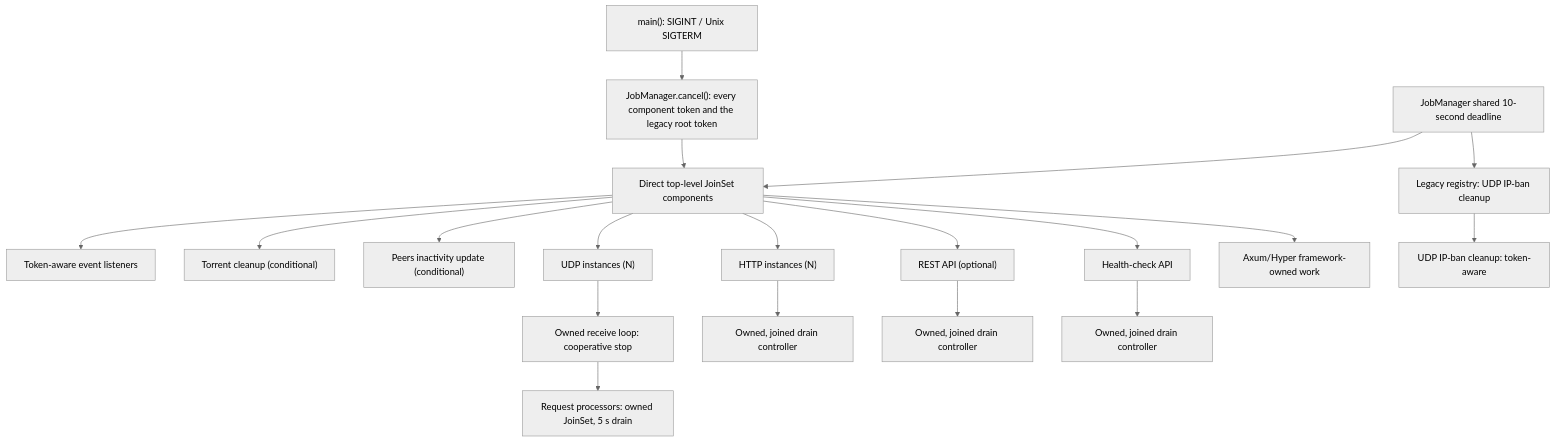
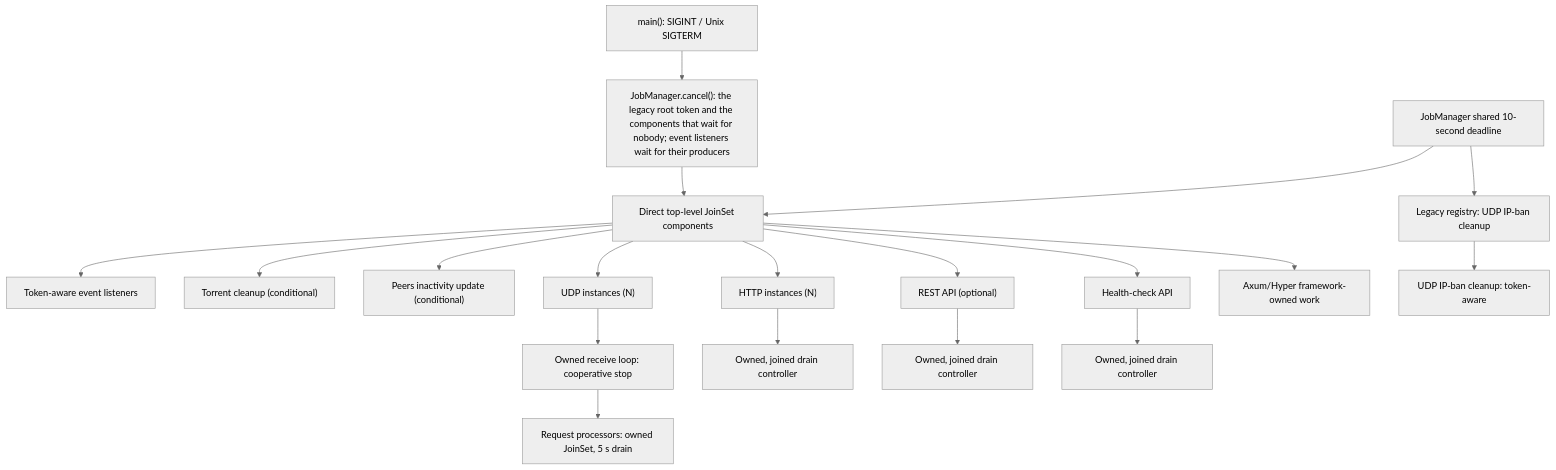
The diagram in docs/features/shutdown-process/task-inventory.md (torrust/torrust-tracker), drawn with Mermaid (neutral theme) before and after one commit. The commit also changed other lines of this file and 6 other files, not shown here.

First line of the commit message:
docs(architecture): [#2416] document the stop order, move the diagrams, and add the swarm bus

````diff
--- a/docs/features/shutdown-process/task-inventory.md
+++ b/docs/features/shutdown-process/task-inventory.md
@@ -73,21 +81,21 @@
 ```mermaid
 flowchart TD
-    main["main(): SIGINT / Unix SIGTERM"] --> cancel["JobManager.cancel(): every component token and the legacy root token"]
+    main["main(): SIGINT / Unix SIGTERM"] --> cancel["JobManager.cancel(): the legacy root token and the components that wait for nobody; event listeners wait for their producers"]
     cancel --> direct["Direct top-level JoinSet components"]
     direct --> listeners["Token-aware event listeners"]
     direct --> cleanup["Torrent cleanup (conditional)"]
     direct --> inactivity["Peers inactivity update (conditional)"]
     direct --> udp["UDP instances (N)"]
     udp --> udpLoop["Owned receive loop: cooperative stop"]
     udpLoop --> udpRequests["Request processors: owned JoinSet, 5 s drain"]
     direct --> http["HTTP instances (N)"]
     http --> httpController["Owned, joined drain controller"]
     direct --> rest["REST API (optional)"]
     rest --> restController["Owned, joined drain controller"]
     direct --> health["Health-check API"]
     health --> healthController["Owned, joined drain controller"]
     direct --> framework["Axum/Hyper framework-owned work"]
     manager["JobManager shared 10-second deadline"] --> direct
     manager --> legacy["Legacy registry: UDP IP-ban cleanup"]
     legacy --> ban["UDP IP-ban cleanup: token-aware"]
 ```
````
